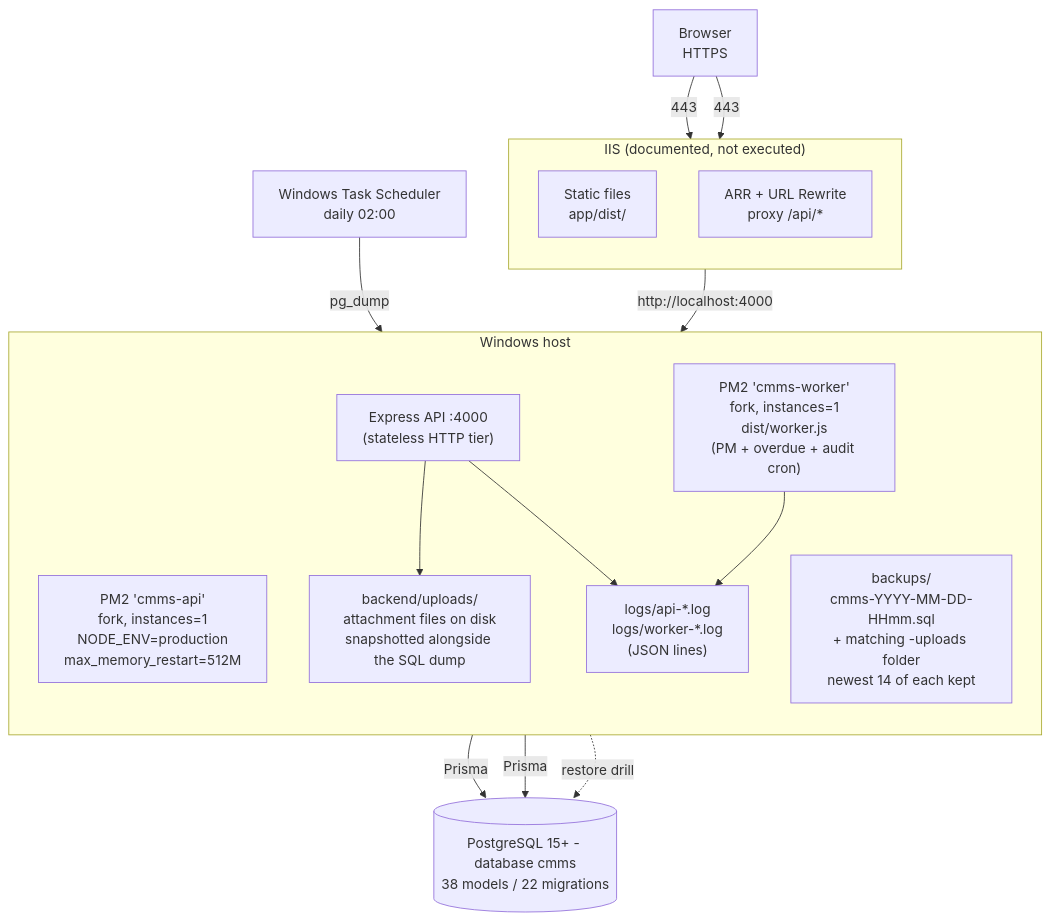
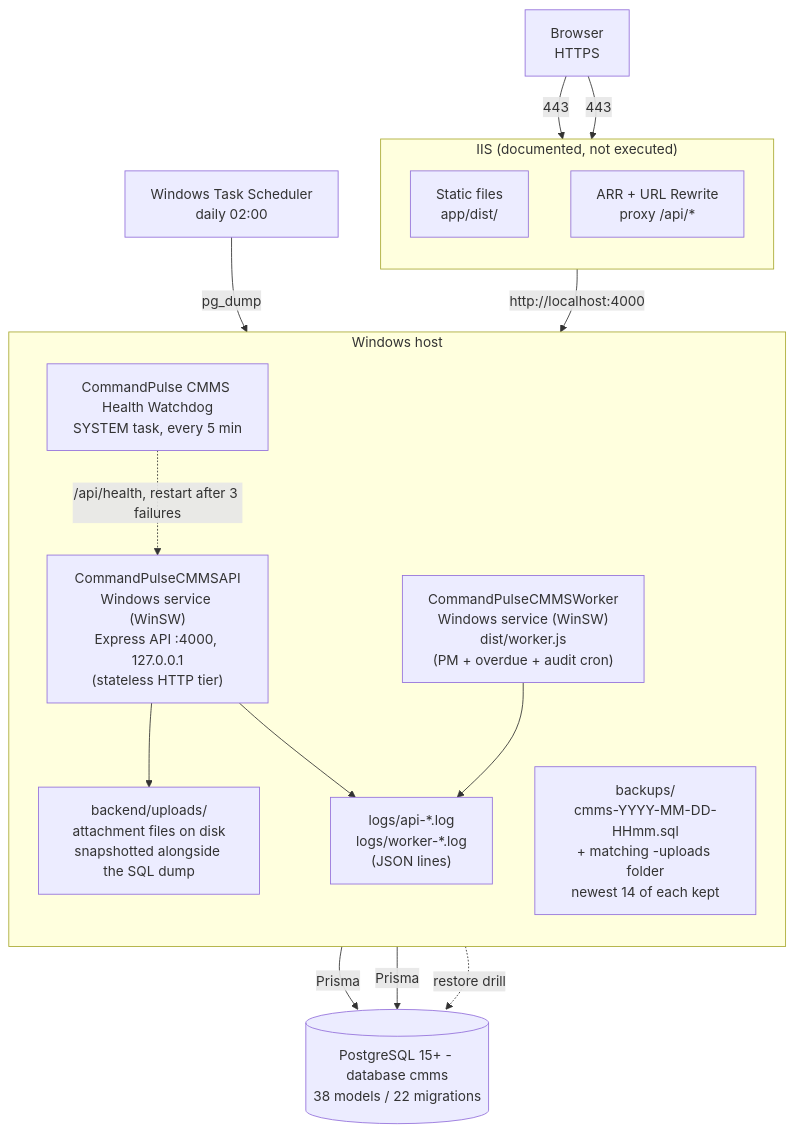
Before and after one commit to MohammedAlmaqan/CMMSproject: the diagram in docs/ARCHITECTURE.md, drawn with Mermaid. The commit also changed other lines of this file and 2 other files, not shown here.

First line of the commit message:
docs: supersede PM2 with the Windows services runtime

````diff
--- a/docs/ARCHITECTURE.md
+++ b/docs/ARCHITECTURE.md
@@ -43,34 +45,35 @@
 ```mermaid
 flowchart TB
     B["Browser<br/>HTTPS"]
 
     subgraph IIS["IIS (documented, not executed)"]
         direction TB
         STATIC["Static files<br/>app/dist/"]
         PROXY["ARR + URL Rewrite<br/>proxy /api/*"]
     end
 
     subgraph HOST["Windows host"]
         direction TB
-        PM2["PM2 'cmms-api'<br/>fork, instances=1<br/>NODE_ENV=production<br/>max_memory_restart=512M"]
-        API["Express API :4000<br/>(stateless HTTP tier)"]
-        WORKER["PM2 'cmms-worker'<br/>fork, instances=1<br/>dist/worker.js<br/>(PM + overdue + audit cron)"]
+        API["CommandPulseCMMSAPI<br/>Windows service (WinSW)<br/>Express API :4000, 127.0.0.1<br/>(stateless HTTP tier)"]
+        WORKER["CommandPulseCMMSWorker<br/>Windows service (WinSW)<br/>dist/worker.js<br/>(PM + overdue + audit cron)"]
+        WATCHDOG["CommandPulse CMMS Health Watchdog<br/>SYSTEM task, every 5 min"]
         LOGS["logs/api-*.log<br/>logs/worker-*.log<br/>(JSON lines)"]
         UPL["backend/uploads/<br/>attachment files on disk<br/>snapshotted alongside the SQL dump"]
         BK["backups/<br/>cmms-YYYY-MM-DD-HHmm.sql<br/>+ matching -uploads folder<br/>newest 14 of each kept"]
     end
 
     DB[("PostgreSQL 15+ - database cmms<br/>38 models / 22 migrations")]
     TASKSCHED["Windows Task Scheduler<br/>daily 02:00"]
 
     B -->|443| STATIC
     B -->|443| PROXY
     PROXY -->|http://localhost:4000| API
     API -->|Prisma| DB
     API --> UPL
     API --> LOGS
     WORKER -->|Prisma| DB
     WORKER --> LOGS
+    WATCHDOG -.->|/api/health, restart after 3 failures| API
     TASKSCHED -->|pg_dump| BK
     BK -.->|restore drill| DB
 ```
````
